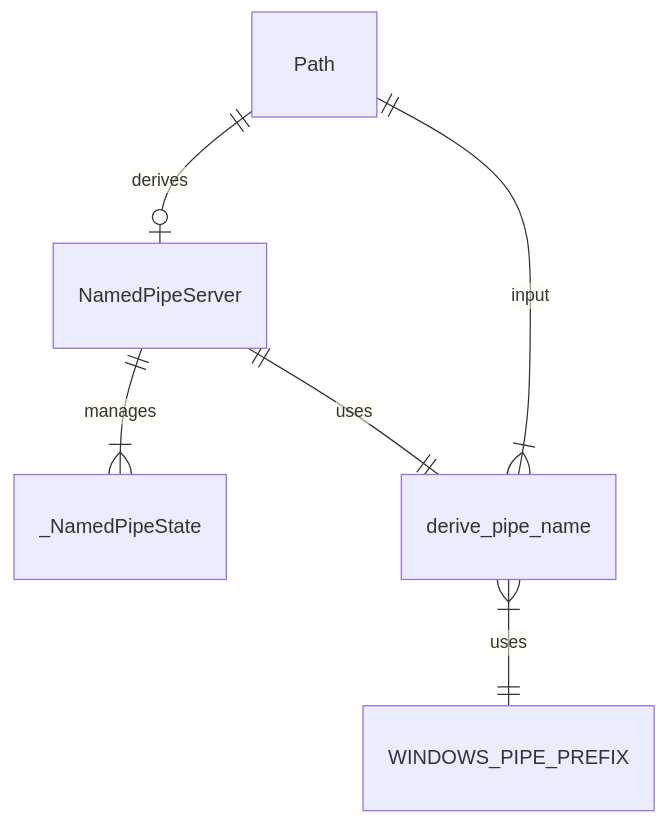
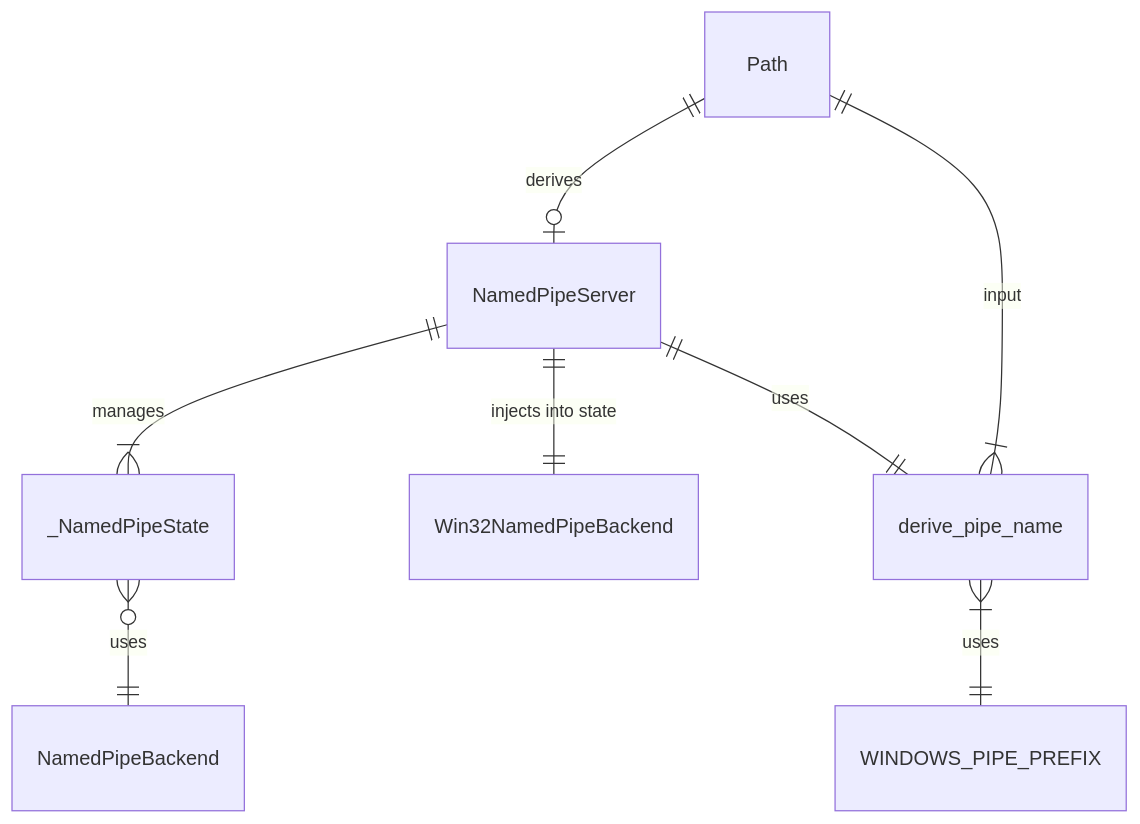
Diagram 11 of 30 in docs/python-native-command-mocking-design.md (leynos/cmd-mox), drawn with Mermaid before and after one commit. The commit also changed other lines of this file and 9 other files, not shown here.

First line of the commit message:
Inject a Win32 backend adapter into the named-pipe transport (#243) (#335)

````diff
--- a/docs/python-native-command-mocking-design.md
+++ b/docs/python-native-command-mocking-design.md
@@ -1039,8 +1055,10 @@
 ```mermaid
 erDiagram
     Path ||--o| NamedPipeServer : derives
     NamedPipeServer ||--|{ _NamedPipeState : manages
+    NamedPipeServer ||--|| Win32NamedPipeBackend : "injects into state"
+    _NamedPipeState }o--|| NamedPipeBackend : uses
     Path ||--|{ derive_pipe_name : input
     derive_pipe_name }|--|| WINDOWS_PIPE_PREFIX : uses
     NamedPipeServer ||--|| derive_pipe_name : uses
 ```
````
